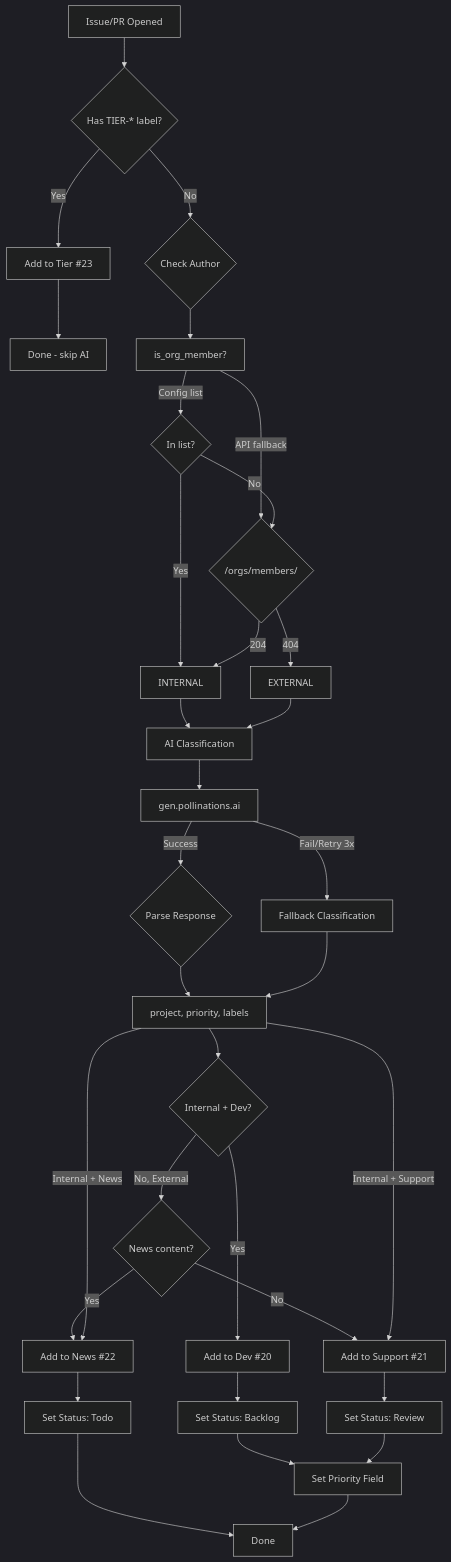
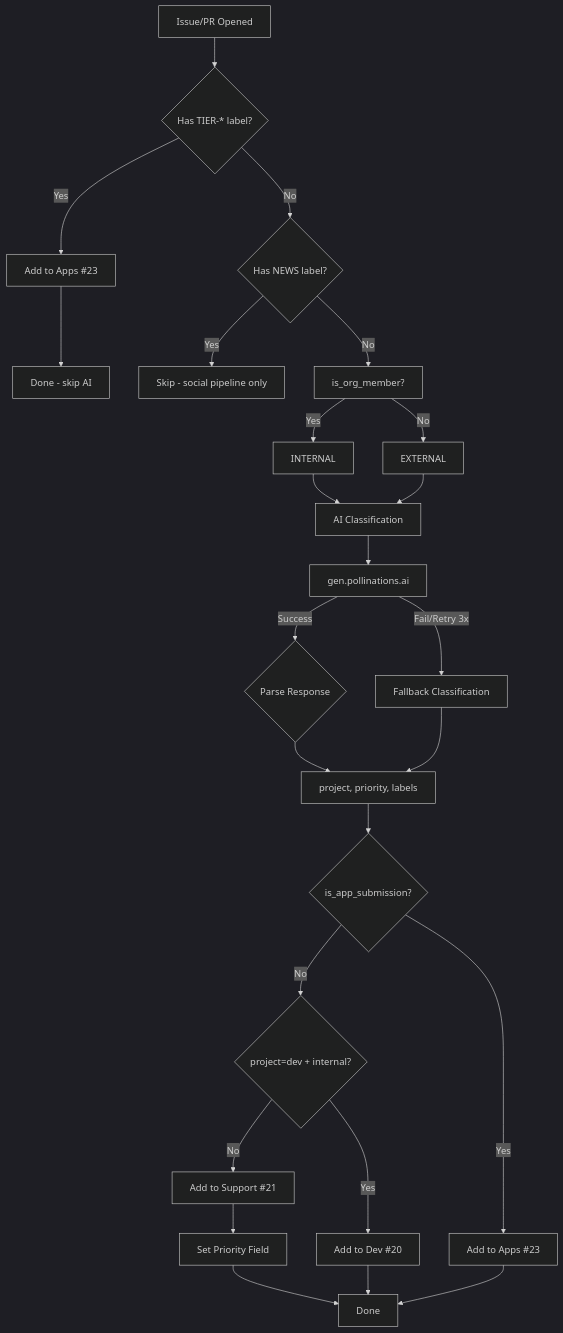
The second of 4 diagrams in .github/docs/TRIAGE.md (pollinations/pollinations), drawn with Mermaid before and after one commit. The commit also changed other lines of this file and 4 other files, not shown here.

````diff
--- a/.github/docs/TRIAGE.md
+++ b/.github/docs/TRIAGE.md
@@ -73,41 +72,32 @@
 ```mermaid
 %%{init: {'theme': 'dark'}}%%
 flowchart TD
     A[Issue/PR Opened] --> AA{Has TIER-* label?}
-    AA -->|Yes| AB[Add to Tier #23]
+    AA -->|Yes| AB[Add to Apps #23]
     AB --> AC[Done - skip AI]
-    AA -->|No| B{Check Author}
-    B --> C[is_org_member?]
-    C -->|Config list| D{In list?}
-    C -->|API fallback| E{/orgs/members/}
-    D -->|Yes| F[INTERNAL]
-    D -->|No| E
-    E -->|204| F
-    E -->|404| G[EXTERNAL]
+    AA -->|No| AN{Has NEWS label?}
+    AN -->|Yes| AX[Skip - social pipeline only]
+    AN -->|No| B[is_org_member?]
+    B -->|Yes| F[INTERNAL]
+    B -->|No| G[EXTERNAL]
 
     F --> H[AI Classification]
     G --> H
 
     H --> I[gen.pollinations.ai]
     I -->|Success| J{Parse Response}
     I -->|Fail/Retry 3x| K[Fallback Classification]
     J --> L[project, priority, labels]
     K --> L
 
-    L --> M{Internal + Dev?}
+    L --> IAS{is_app_submission?}
+    IAS -->|Yes| AP[Add to Apps #23]
+    IAS -->|No| M{project=dev + internal?}
     M -->|Yes| N[Add to Dev #20]
-    M -->|No, External| O{News content?}
-    O -->|Yes| P[Add to News #22]
-    O -->|No| Q[Add to Support #21]
-    L -->|Internal + Support| Q
-    L -->|Internal + News| P
+    M -->|No| Q[Add to Support #21]
 
-    N --> R[Set Status: Backlog]
-    Q --> S[Set Status: Review]
-    P --> T[Set Status: Todo]
-
-    R --> U[Set Priority Field]
-    S --> U
-    T --> V[Done]
-    U --> V
+    Q --> U[Set Priority Field]
+    U --> V[Done]
+    N --> V
+    AP --> V
 ```
````
